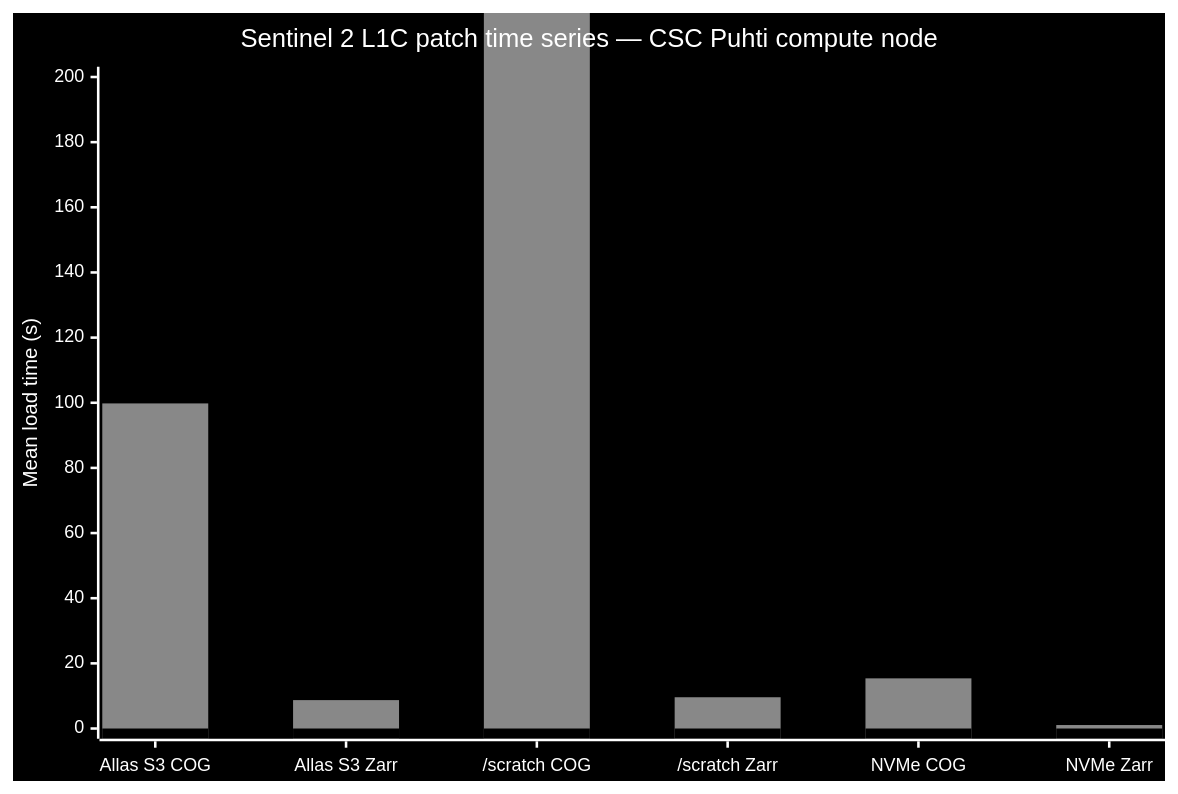
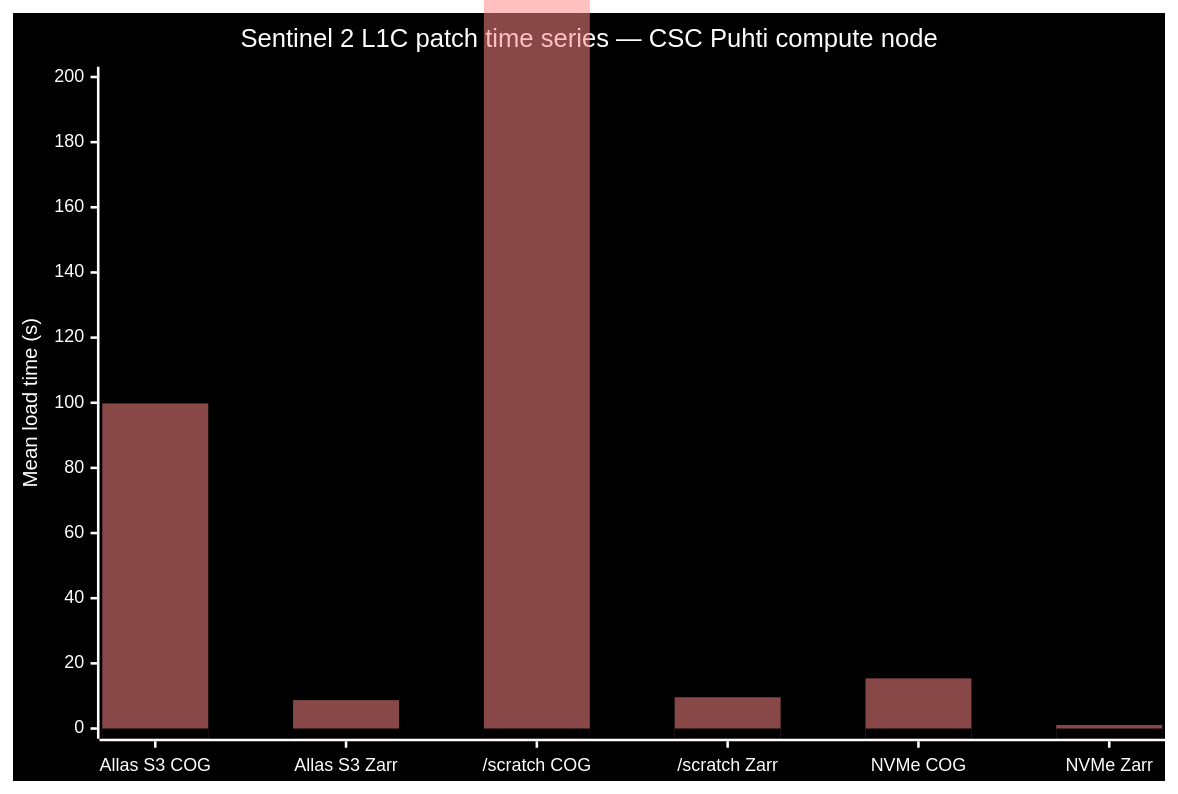
The sixth of 8 diagrams in README.md (hamk-uas/datacube-storage-lab), drawn with Mermaid before and after one commit. The commit also changed other lines of this file and 2 other files, not shown here.

````diff
--- a/README.md
+++ b/README.md
@@ -639,27 +665,27 @@
 ```mermaid
 ---
 config:
     xyChart:
         width: 900
         height: 600
     themeVariables:
         xyChart:
             backgroundColor: "#000"
             titleColor: "#fff"
             xAxisLabelColor: "#fff"
             xAxisTitleColor: "#fff"
             xAxisTickColor: "#fff"
             xAxisLineColor: "#fff"
             yAxisLabelColor: "#fff"
             yAxisTitleColor: "#fff"
             yAxisTickColor: "#fff"
             yAxisLineColor: "#fff"
-            plotColorPalette: "#fff8, #000"
+            plotColorPalette: "#f888, #000"
 ---
 xychart-beta
     title "Sentinel 2 L1C patch time series — CSC Puhti compute node"
     x-axis ["Allas S3 COG", "Allas S3 Zarr", "/scratch COG", "/scratch Zarr", "NVMe COG", "NVMe Zarr"]
     y-axis "Mean load time (s)" 0 --> 200
     bar [99.8, 8.72, 381, 9.6, 15.4, 1.07]
     bar [0, 0, 0, 0, 0, 0, 0, 0, 0]
 ```
````
